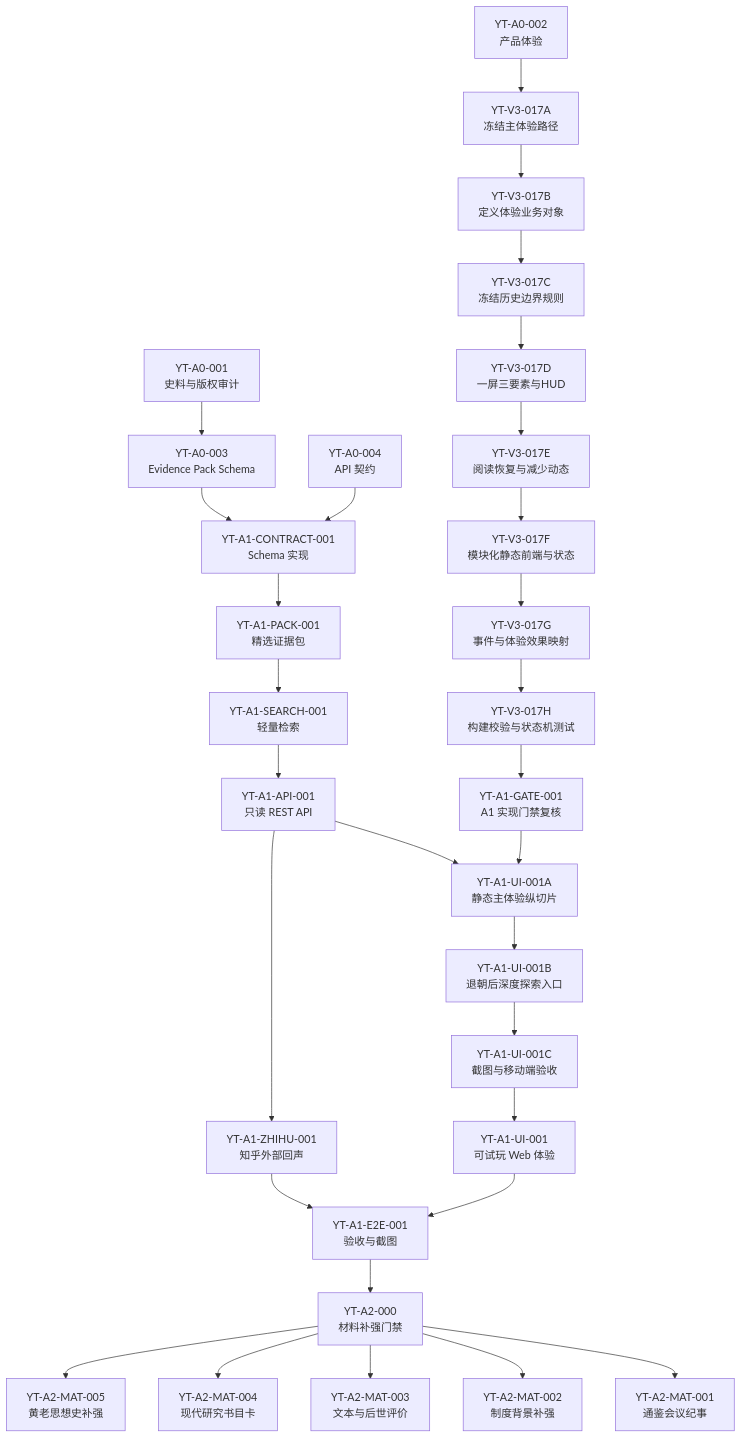
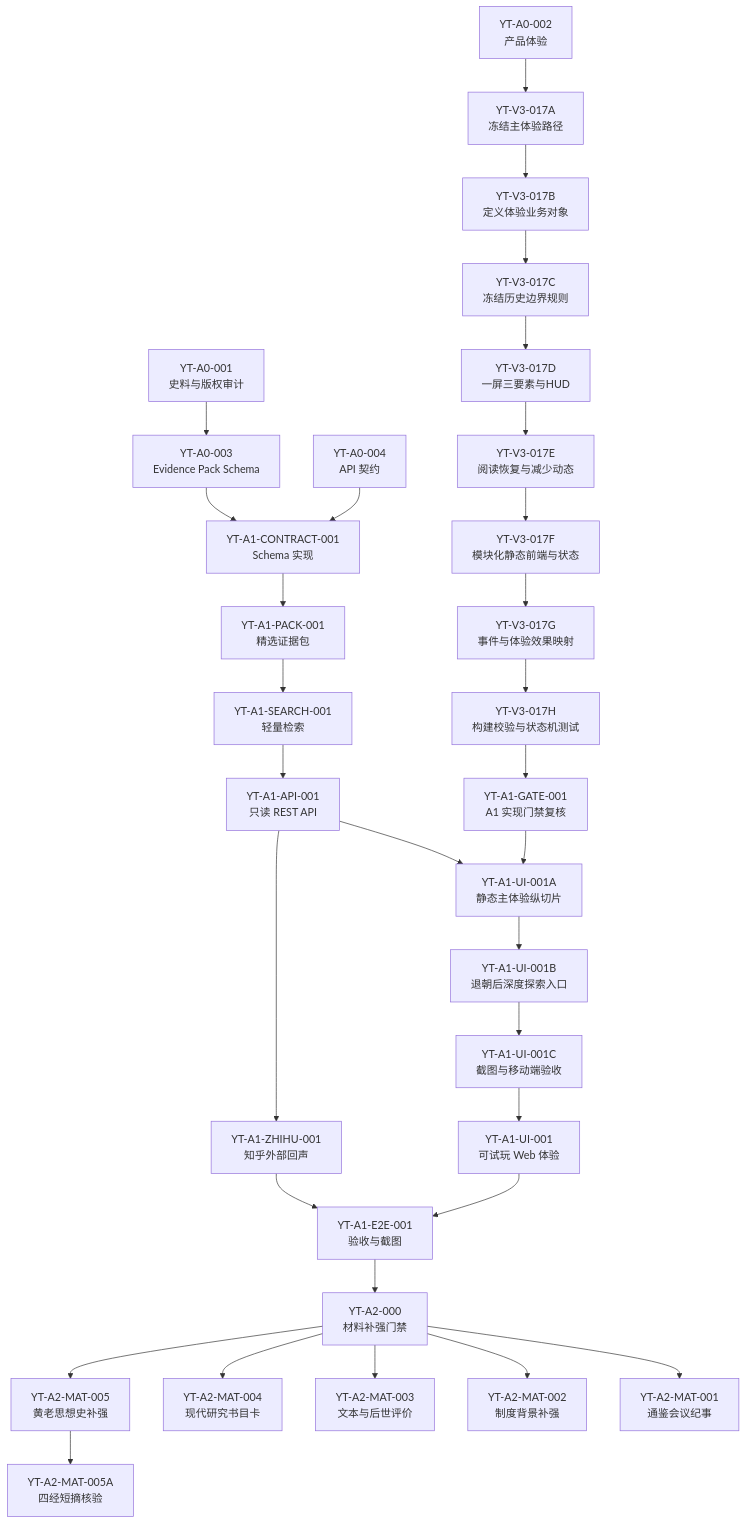
One commit to baijianqing/yantie-history changed the diagram in docs/YANTIE_TASK_BREAKDOWN.md. Above: the diagram before and after it, drawn with Mermaid. The commit also changed other lines of this file and 4 other files, not shown here.

````diff
--- a/docs/YANTIE_TASK_BREAKDOWN.md
+++ b/docs/YANTIE_TASK_BREAKDOWN.md
@@ -24,33 +24,34 @@
 ```mermaid
 flowchart TB
     A001["YT-A0-001<br/>史料与版权审计"] --> A003["YT-A0-003<br/>Evidence Pack Schema"]
     A002["YT-A0-002<br/>产品体验"]
     A003 --> C001["YT-A1-CONTRACT-001<br/>Schema 实现"]
     A004["YT-A0-004<br/>API 契约"] --> C001
     C001 --> P001["YT-A1-PACK-001<br/>精选证据包"]
     P001 --> S001["YT-A1-SEARCH-001<br/>轻量检索"]
     S001 --> API001["YT-A1-API-001<br/>只读 REST API"]
     API001 --> UI001A["YT-A1-UI-001A<br/>静态主体验纵切片"]
     UI001A --> UI001B["YT-A1-UI-001B<br/>退朝后深度探索入口"]
     UI001B --> UI001C["YT-A1-UI-001C<br/>截图与移动端验收"]
     UI001C --> UI001["YT-A1-UI-001<br/>可试玩 Web 体验"]
     API001 --> ZH001["YT-A1-ZHIHU-001<br/>知乎外部回声"]
     UI001 --> E2E001["YT-A1-E2E-001<br/>验收与截图"]
     ZH001 --> E2E001
     E2E001 --> A2000["YT-A2-000<br/>材料补强门禁"]
     A2000 --> A2MAT001["YT-A2-MAT-001<br/>通鉴会议纪事"]
     A2000 --> A2MAT002["YT-A2-MAT-002<br/>制度背景补强"]
     A2000 --> A2MAT003["YT-A2-MAT-003<br/>文本与后世评价"]
     A2000 --> A2MAT004["YT-A2-MAT-004<br/>现代研究书目卡"]
     A2000 --> A2MAT005["YT-A2-MAT-005<br/>黄老思想史补强"]
+    A2MAT005 --> A2MAT005A["YT-A2-MAT-005A<br/>四经短摘核验"]
     A002 --> V3017A["YT-V3-017A<br/>冻结主体验路径"]
     V3017A --> V3017B["YT-V3-017B<br/>定义体验业务对象"]
     V3017B --> V3017C["YT-V3-017C<br/>冻结历史边界规则"]
     V3017C --> V3017D["YT-V3-017D<br/>一屏三要素与HUD"]
     V3017D --> V3017E["YT-V3-017E<br/>阅读恢复与减少动态"]
     V3017E --> V3017F["YT-V3-017F<br/>模块化静态前端与状态"]
     V3017F --> V3017G["YT-V3-017G<br/>事件与体验效果映射"]
     V3017G --> V3017H["YT-V3-017H<br/>构建校验与状态机测试"]
     V3017H --> GATE001["YT-A1-GATE-001<br/>A1 实现门禁复核"]
     GATE001 --> UI001A
 ```
````
